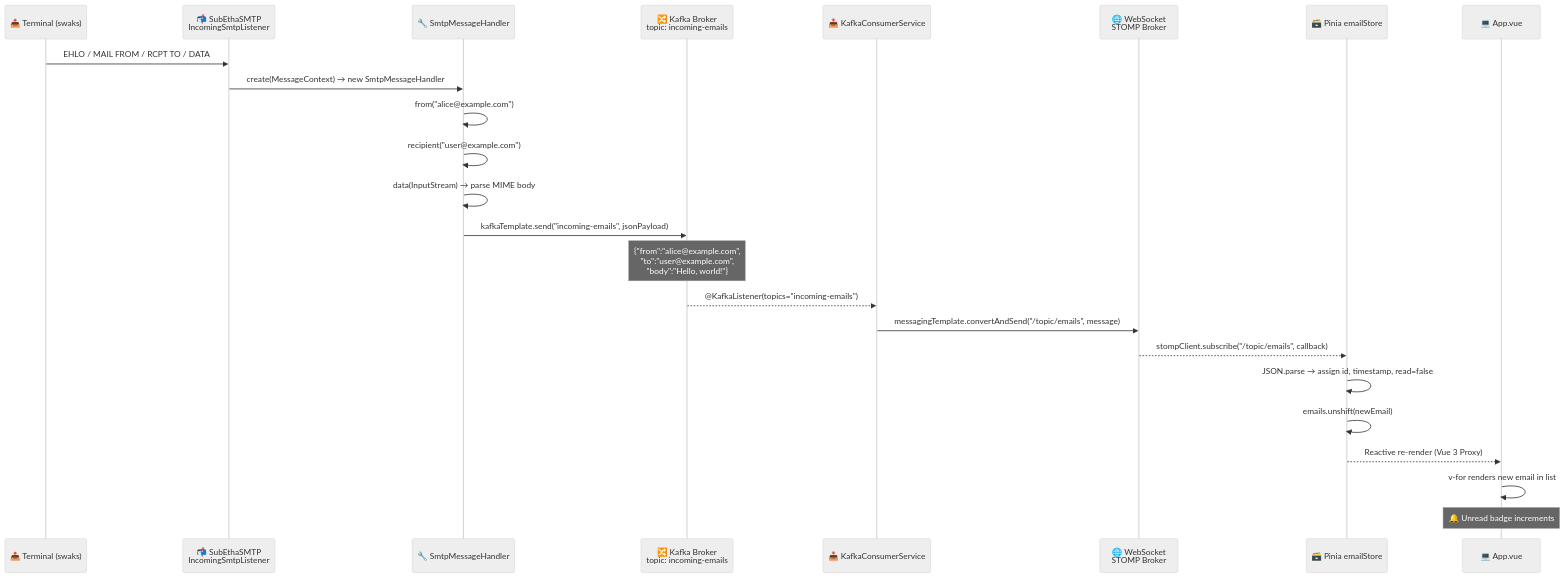
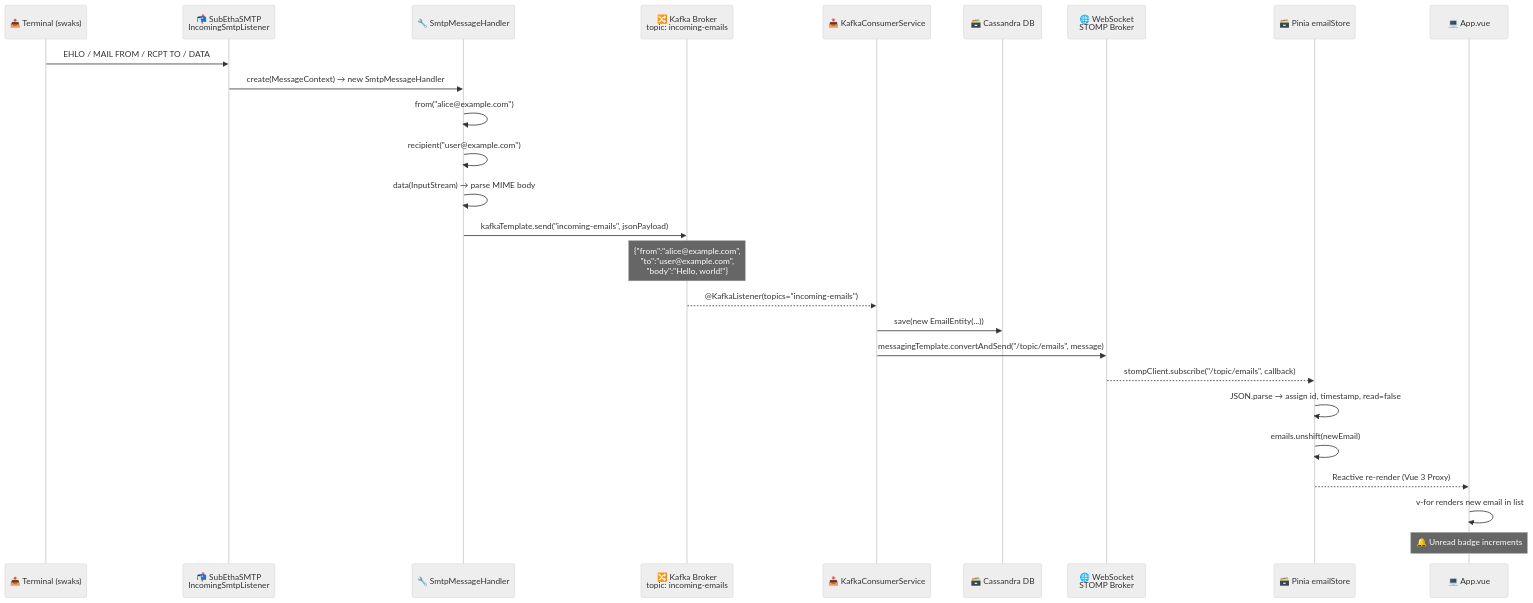
One commit to parthu-reddy/EmailSystem changed the second of 3 diagrams in README.md. Above: the diagram before and after it, drawn with Mermaid (neutral theme). The commit also changed other lines of this file, not shown here.

Commit message:
docs: update README with Cassandra database persistence documentation

````diff
--- a/README.md
+++ b/README.md
@@ -71,27 +73,29 @@
 ```mermaid
 sequenceDiagram
     participant User as 📤 Terminal (swaks)
     participant SMTP as 📬 SubEthaSMTP<br/>IncomingSmtpListener
     participant Handler as 🔧 SmtpMessageHandler
     participant Kafka as 🔀 Kafka Broker<br/>topic: incoming-emails
     participant Consumer as 📥 KafkaConsumerService
+    participant Cassandra as 🗃️ Cassandra DB
     participant WS as 🌐 WebSocket<br/>STOMP Broker
     participant Store as 🗃️ Pinia emailStore
     participant UI as 💻 App.vue
 
     User->>SMTP: EHLO / MAIL FROM / RCPT TO / DATA
     SMTP->>Handler: create(MessageContext) → new SmtpMessageHandler
     Handler->>Handler: from("alice@example.com")
     Handler->>Handler: recipient("user@example.com")
     Handler->>Handler: data(InputStream) → parse MIME body
     Handler->>Kafka: kafkaTemplate.send("incoming-emails", jsonPayload)
     Note over Kafka: {"from":"alice@example.com",<br/>"to":"user@example.com",<br/>"body":"Hello, world!"}
     Kafka-->>Consumer: @KafkaListener(topics="incoming-emails")
+    Consumer->>Cassandra: save(new EmailEntity(...))
     Consumer->>WS: messagingTemplate.convertAndSend("/topic/emails", message)
     WS-->>Store: stompClient.subscribe("/topic/emails", callback)
     Store->>Store: JSON.parse → assign id, timestamp, read=false
     Store->>Store: emails.unshift(newEmail)
     Store-->>UI: Reactive re-render (Vue 3 Proxy)
     UI->>UI: v-for renders new email in list
     Note over UI: 🔔 Unread badge increments
 ```
````
